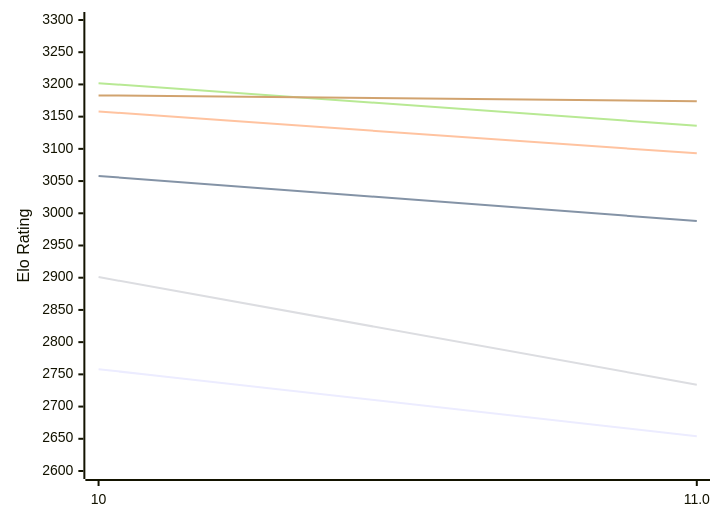
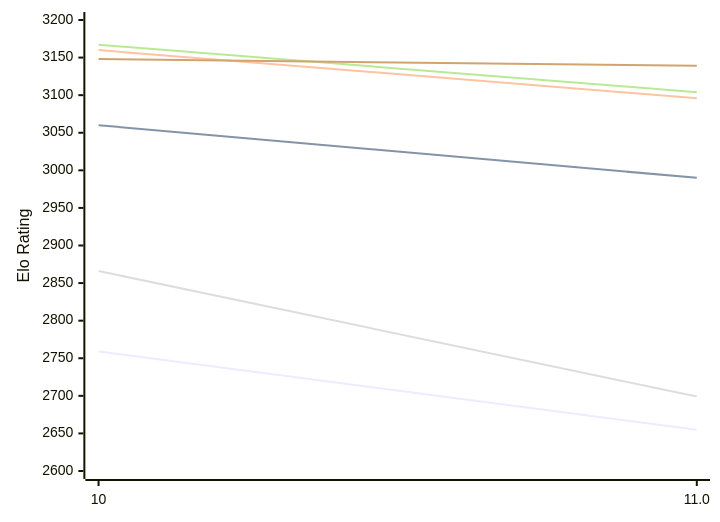
One commit to computer-chess-index/cci changed the first of 2 diagrams in engines/Lozza.md. Above: the diagram before and after it, drawn with Mermaid. The commit also changed other lines of this file, not shown here.

Commit message:
Update CCI Ratings (ELO VLTC) - 2026-10-23

````diff
--- a/engines/Lozza.md
+++ b/engines/Lozza.md
@@ -51,12 +51,12 @@
 ```mermaid
 %%{init: {"theme":"base","themeVariables":{"seriesColors:['#a3a3a3','#222221','#faa371']}}}%%
 xychart-beta
   x-axis ["10", "11.0"]
-  y-axis "Elo Rating" 2600 --> 3300
-  line "E1: STC (8.0+0.08s)" [2758, 2654]
-  line "E1: LTC (60.0+0.60s)" [3058, 2988]
-  line "E1: VLTC (2m24s+1.12s)" [3158, 3093]
-  line "P1: STC (8.0+0.08s)" [2901, 2734]
-  line "P1: LTC (60.0+0.60s)" [3202, 3136]
-  line "P1: VLTC (2m24s+1.12s)" [3183, 3174]
+  y-axis "Elo Rating" 2600 --> 3200
+  line "E1: STC (8.0+0.08s)" [2759, 2655]
+  line "E1: LTC (60.0+0.60s)" [3060, 2990]
+  line "E1: VLTC (2m24s+1.12s)" [3160, 3096]
+  line "P1: STC (8.0+0.08s)" [2866, 2699]
+  line "P1: LTC (60.0+0.60s)" [3167, 3104]
+  line "P1: VLTC (2m24s+1.12s)" [3148, 3139]
 ```
````
